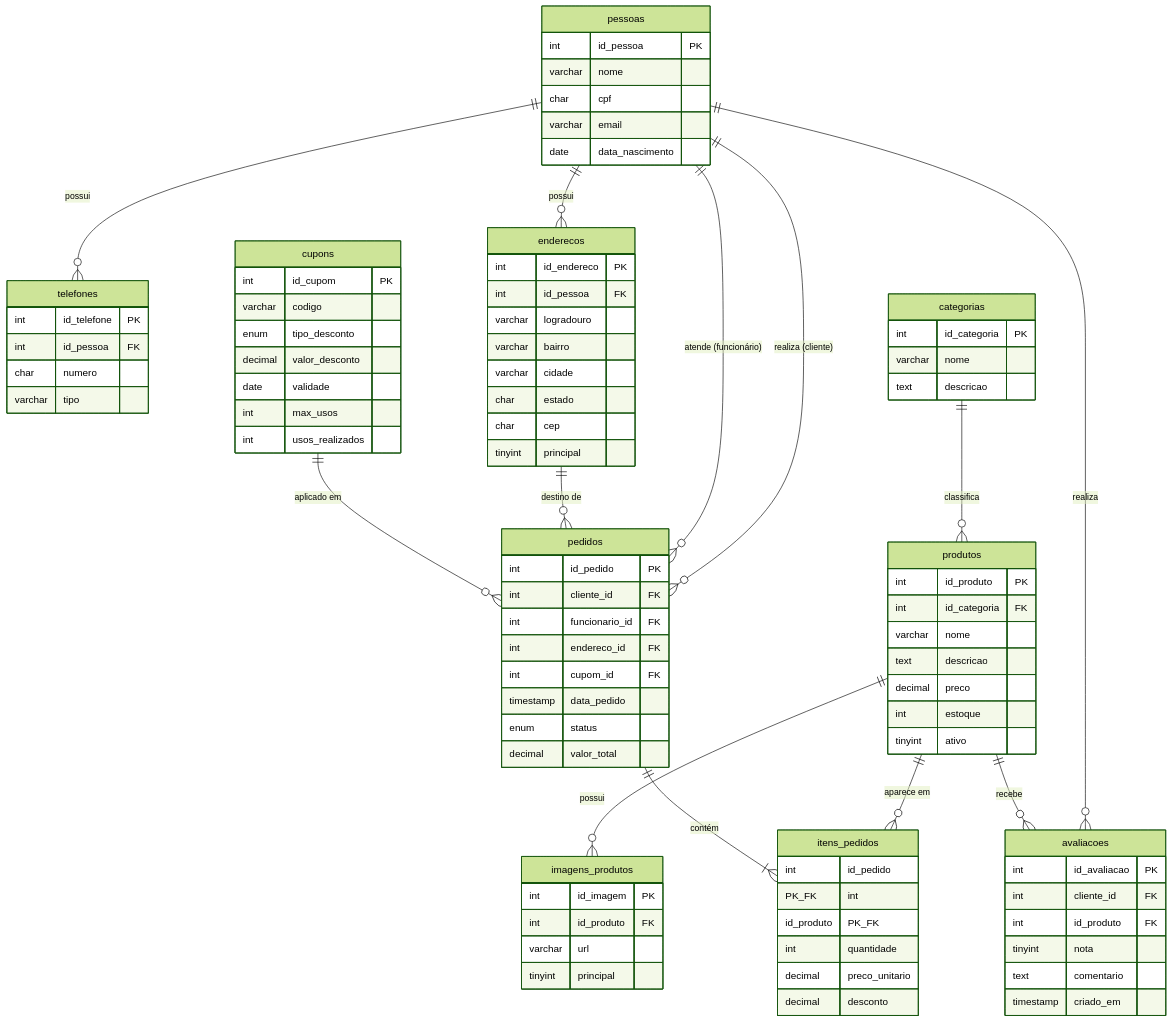
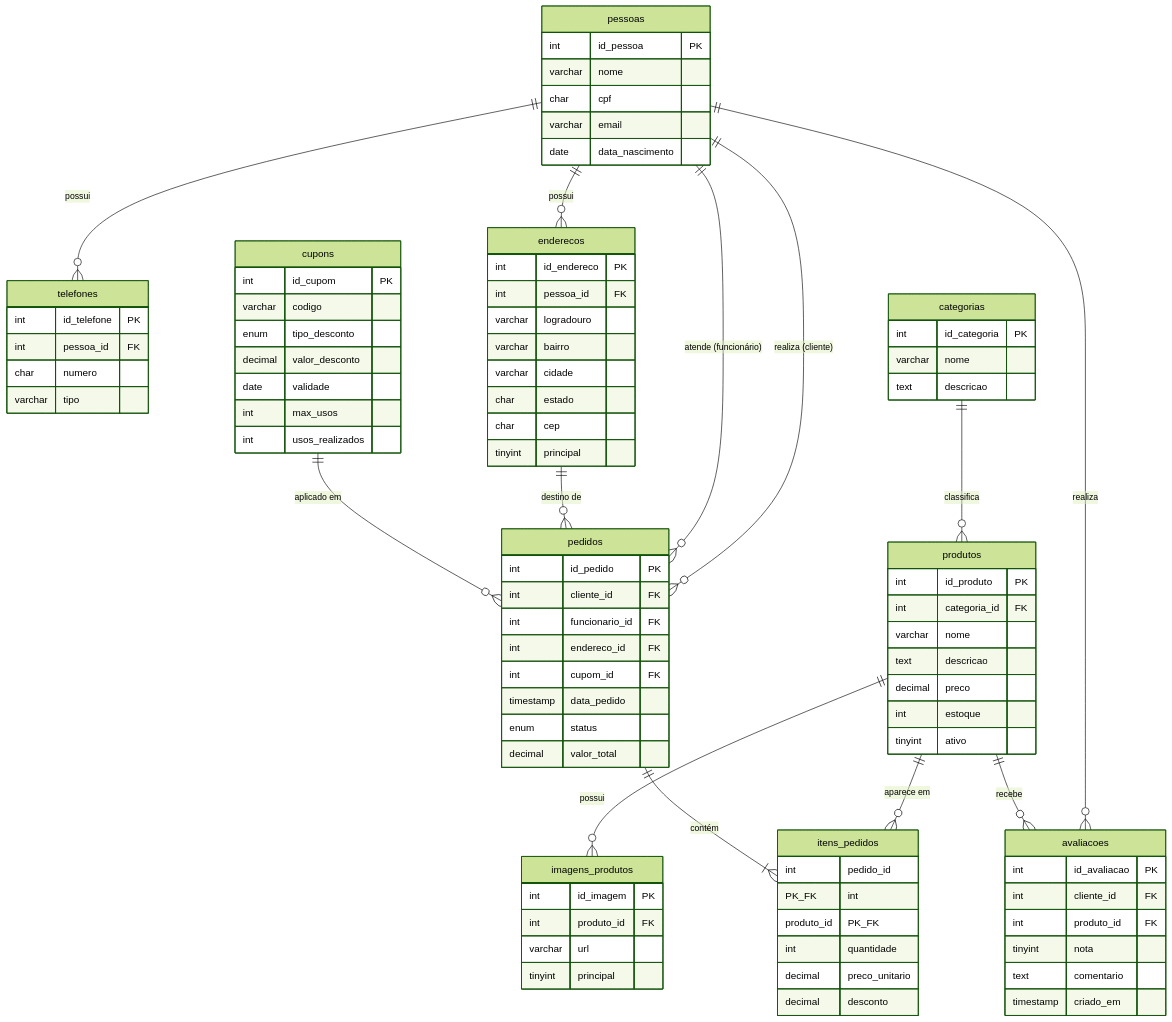
The diagram in aulas/Aula_05_Atividade_Modelagem_Ecommerce.md (DSM-Fatec-Jahu/Banco-de-Dados-Relacional-IBD015), drawn with Mermaid (forest theme) before and after one commit. The commit also changed other lines of this file and 2 other files, not shown here.

```diff
--- a/aulas/Aula_05_Atividade_Modelagem_Ecommerce.md
+++ b/aulas/Aula_05_Atividade_Modelagem_Ecommerce.md
@@ -64,14 +64,14 @@
 
     telefones {
         int id_telefone PK
-        int id_pessoa FK
+        int pessoa_id FK
         char numero
         varchar tipo
     }
 
     enderecos {
         int id_endereco PK
-        int id_pessoa FK
+        int pessoa_id FK
         varchar logradouro
         varchar bairro
         varchar cidade
@@ -88,7 +88,7 @@
 
     produtos {
         int id_produto PK
-        int id_categoria FK
+        int categoria_id FK
         varchar nome
         text descricao
         decimal preco
@@ -98,7 +98,7 @@
 
     imagens_produtos {
         int id_imagem PK
-        int id_produto FK
+        int produto_id FK
         varchar url
         tinyint principal
     }
@@ -125,8 +125,8 @@
     }
 
     itens_pedidos {
-        int id_pedido PK_FK
-        int id_produto PK_FK
+        int pedido_id PK_FK
+        int produto_id PK_FK
         int quantidade
         decimal preco_unitario
         decimal desconto
@@ -135,7 +135,7 @@
     avaliacoes {
         int id_avaliacao PK
         int cliente_id FK
-        int id_produto FK
+        int produto_id FK
         tinyint nota
         text comentario
         timestamp criado_em
```
